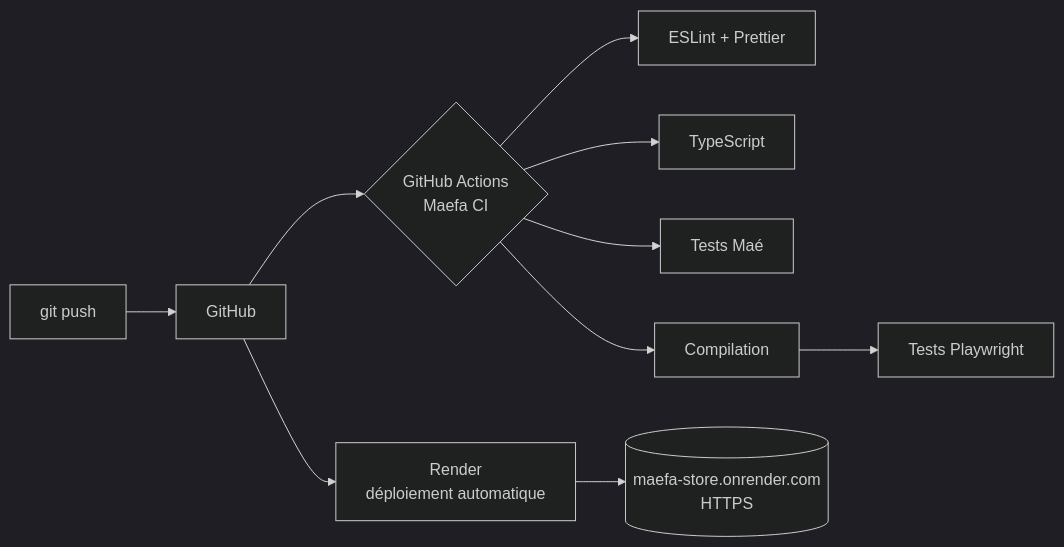
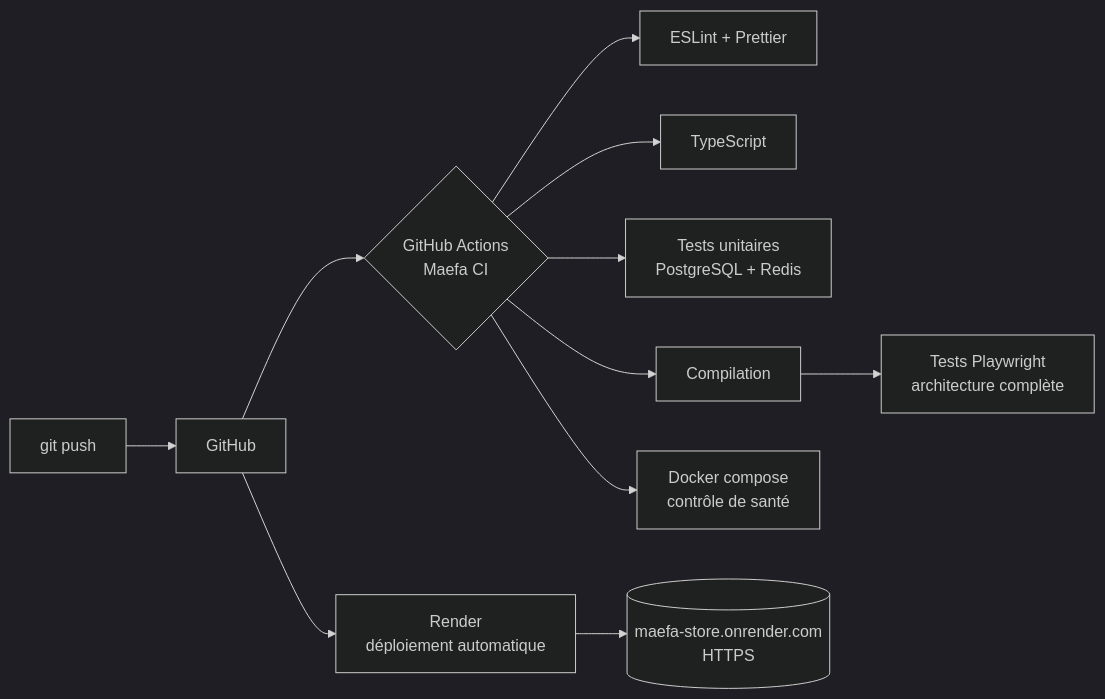
The seventh of 7 diagrams in maefa-store/docs/ARCHITECTURE.md (fatoumayorofall-dev/allo-beton), drawn with Mermaid (dark theme) before and after one commit. The commit also changed other lines of this file and 26 other files, not shown here.

````diff
--- a/maefa-store/docs/ARCHITECTURE.md
+++ b/maefa-store/docs/ARCHITECTURE.md
@@ -320,12 +351,13 @@
 ```mermaid
 flowchart LR
   dev[git push] --> gh[GitHub]
   gh --> ci{GitHub Actions<br/>Maefa CI}
   ci --> l[ESLint + Prettier]
   ci --> t[TypeScript]
-  ci --> a[Tests Maé]
+  ci --> a[Tests unitaires<br/>PostgreSQL + Redis]
   ci --> b[Compilation]
-  b --> e[Tests Playwright]
+  b --> e[Tests Playwright<br/>architecture complète]
+  ci --> d[Docker compose<br/>contrôle de santé]
   gh --> r[Render<br/>déploiement automatique]
   r --> prod[(maefa-store.onrender.com<br/>HTTPS)]
 ```
````
